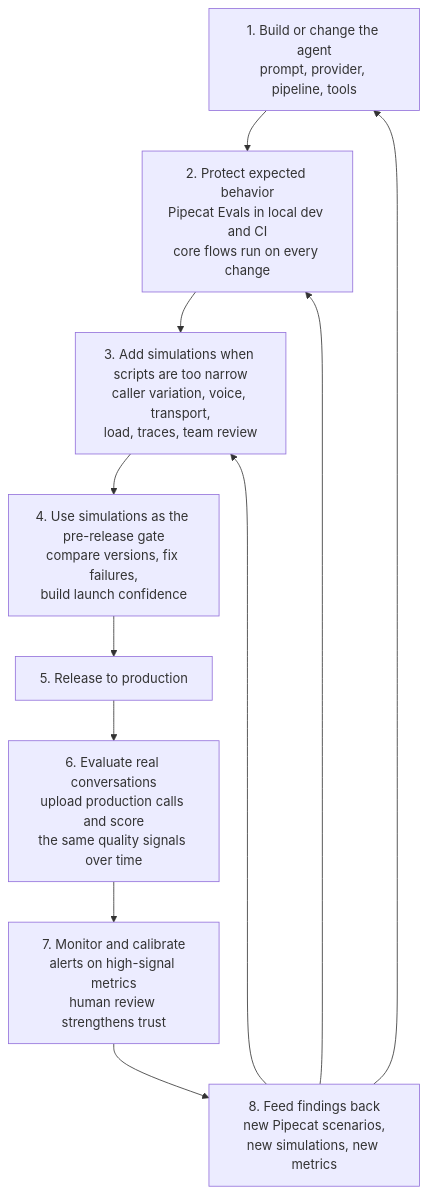
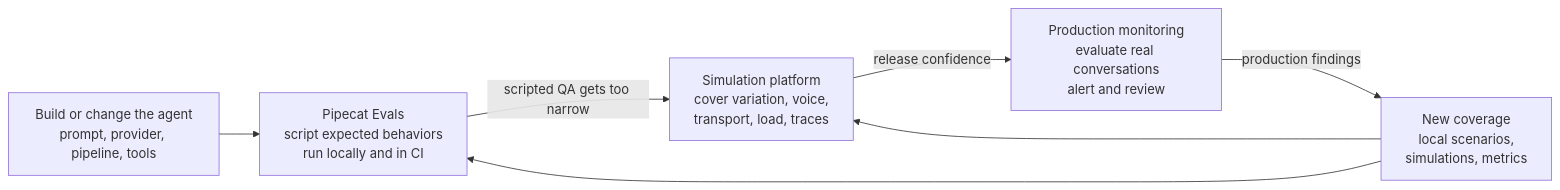
Before and after one commit to pipecat-ai/docs: the diagram in pipecat/evals/lifecycle.mdx, drawn with Mermaid. The commit also changed other lines of this file, not shown here.

Commit message:
Simplify lifecycle chart flow

````diff
--- a/pipecat/evals/lifecycle.mdx
+++ b/pipecat/evals/lifecycle.mdx
@@ -25,16 +25,15 @@
 ```mermaid
-flowchart TB
-  A["1. Build or change the agent<br/>prompt, provider, pipeline, tools"]
-  B["2. Protect expected behavior<br/>Pipecat Evals in local dev and CI<br/>core flows run on every change"]
-  C["3. Add simulations when scripts are too narrow<br/>caller variation, voice, transport,<br/>load, traces, team review"]
-  D["4. Use simulations as the pre-release gate<br/>compare versions, fix failures,<br/>build launch confidence"]
-  E["5. Release to production"]
-  F["6. Evaluate real conversations<br/>upload production calls and score<br/>the same quality signals over time"]
-  G["7. Monitor and calibrate<br/>alerts on high-signal metrics<br/>human review strengthens trust"]
-  H["8. Feed findings back<br/>new Pipecat scenarios,<br/>new simulations, new metrics"]
+flowchart LR
+  A["Build or change the agent<br/>prompt, provider, pipeline, tools"]
+  B["Pipecat Evals<br/>script expected behaviors<br/>run locally and in CI"]
+  C["Simulation platform<br/>cover variation, voice,<br/>transport, load, traces"]
+  D["Production monitoring<br/>evaluate real conversations<br/>alert and review"]
+  E["New coverage<br/>local scenarios,<br/>simulations, metrics"]
 
-  A --> B --> C --> D --> E --> F --> G --> H
-  H --> A
-  H --> B
-  H --> C
+  A --> B
+  B -->|"scripted QA gets too narrow"| C
+  C -->|"release confidence"| D
+  D -->|"production findings"| E
+  E --> B
+  E --> C
 ```
````
